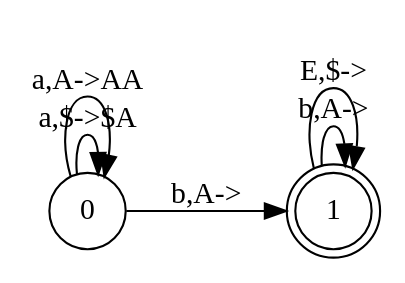
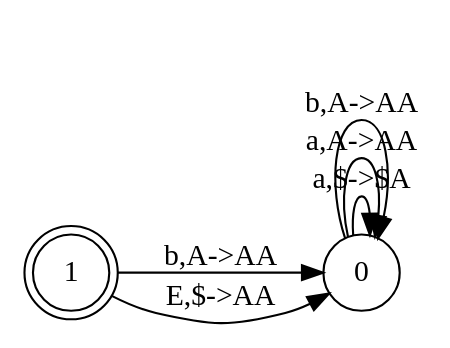
Before and after one commit to Brunoarndt/PDA-Simulator: the diagram in automaton.dot, drawn with Graphviz. The commit also changed 5 other files, not shown here.

```diff
--- a/automaton.dot
+++ b/automaton.dot
@@ -1,11 +1,12 @@
 digraph PDA {
     rankdir=LR;
     node [shape = circle];
+    1 [shape = doublecircle];
     0;
     1 [shape = doublecircle];
+    1 -> 0 [label = "b,A->AA"];
+    1 -> 0 [label = "E,$->AA"];
     0 -> 0 [label = "a,$->$A"];
     0 -> 0 [label = "a,A->AA"];
-    0 -> 1 [label = "b,A->"];
-    1 -> 1 [label = "b,A->"];
-    1 -> 1 [label = "E,$->"];
+    0 -> 0 [label = "b,A->AA"];
 }
```
